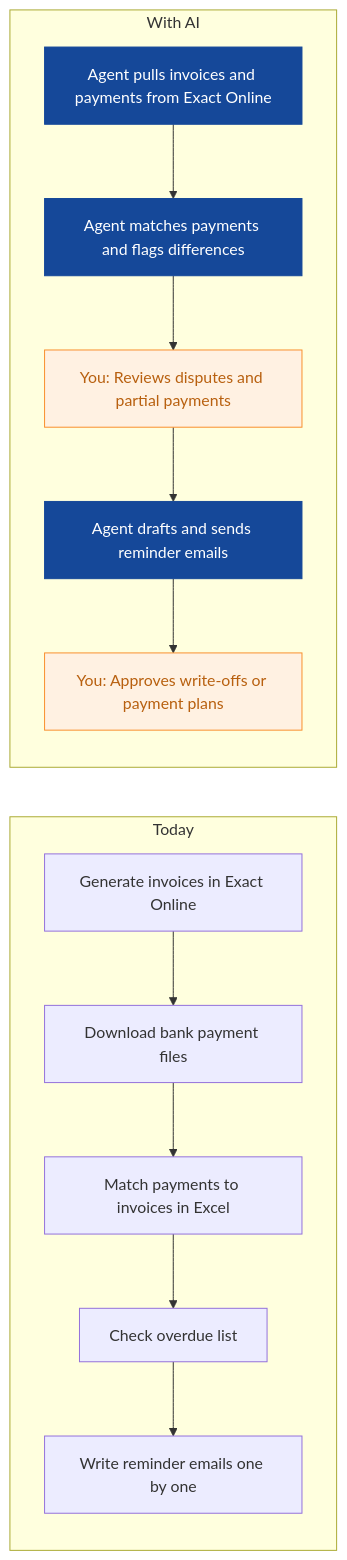
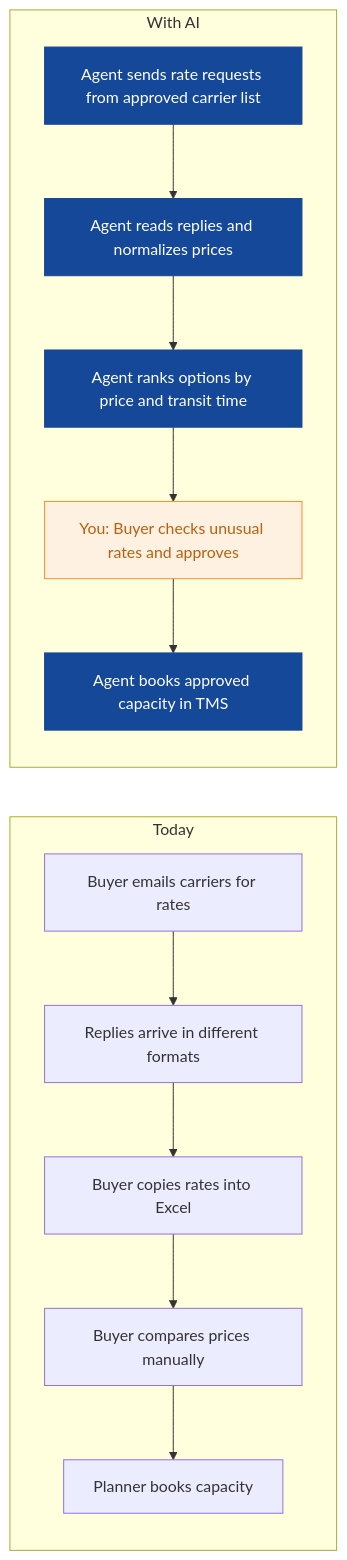
The fourth of 9 diagrams in strategies/harborline-freight.md (nexibeo/Complete-AI-Strategy), drawn with Mermaid before and after one commit. The commit also changed other lines of this file and 26 other files, not shown here.

````diff
--- a/strategies/harborline-freight.md
+++ b/strategies/harborline-freight.md
@@ -106,23 +140,23 @@
 ```mermaid
 flowchart LR
   subgraph Today
-    B0["Generate invoices in Exact Online"]
-    B1["Download bank payment files"]
-    B2["Match payments to invoices in Excel"]
-    B3["Check overdue list"]
-    B4["Write reminder emails one by one"]
+    B0["Buyer emails carriers for rates"]
+    B1["Replies arrive in different formats"]
+    B2["Buyer copies rates into Excel"]
+    B3["Buyer compares prices manually"]
+    B4["Planner books capacity"]
     B0 --> B1 --> B2 --> B3 --> B4
   end
   subgraph WithAI[With AI]
-    A0["Agent pulls invoices and payments from Exact Online"]
-    A1["Agent matches payments and flags differences"]
-    A2["You: Reviews disputes and partial payments"]
-    A3["Agent drafts and sends reminder emails"]
-    A4["You: Approves write-offs or payment plans"]
+    A0["Agent sends rate requests from approved carrier list"]
+    A1["Agent reads replies and normalizes prices"]
+    A2["Agent ranks options by price and transit time"]
+    A3["You: Buyer checks unusual rates and approves"]
+    A4["Agent books approved capacity in TMS"]
     A0 --> A1 --> A2 --> A3 --> A4
   end
   classDef ai fill:#154899,color:#fff,stroke:#154899
   classDef human fill:#FFF1E2,color:#B8600F,stroke:#F98F2C
-  class A0,A1,A3 ai
-  class A2,A4 human
+  class A0,A1,A2,A4 ai
+  class A3 human
 ```
````
